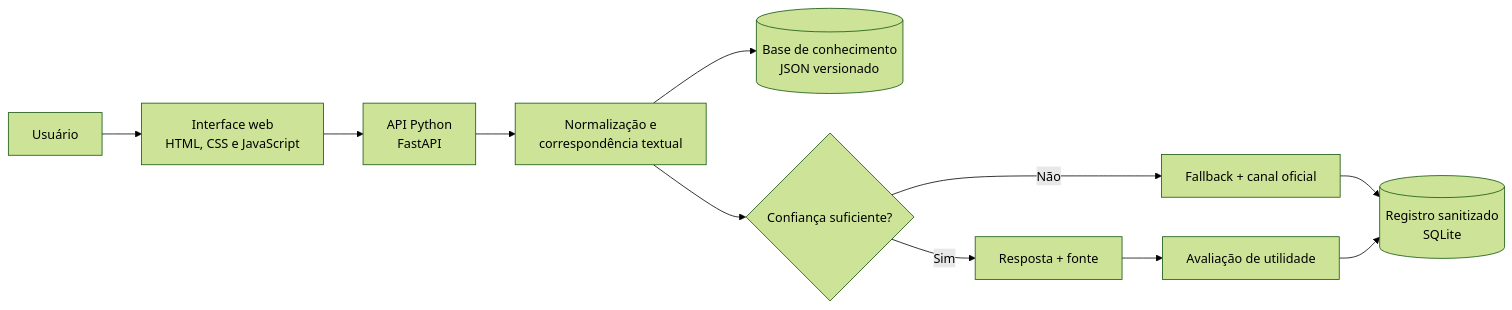
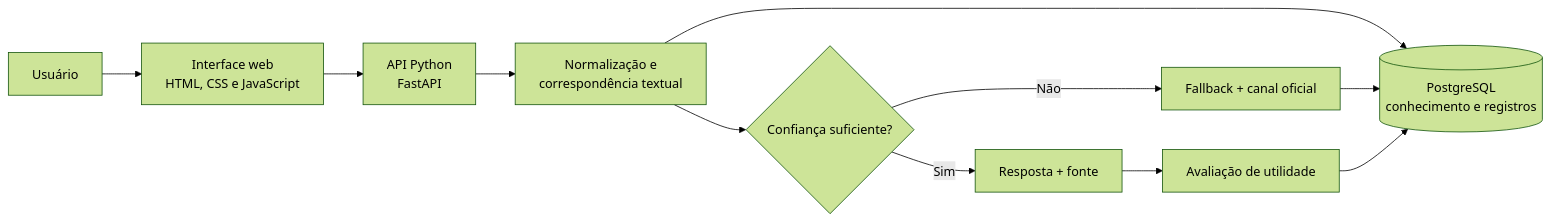
One commit to walkermooore/chatbot-aginov changed the diagram in README.md. Above: the diagram before and after it, drawn with Mermaid (forest theme). The commit also changed other lines of this file and 3 other files, not shown here.

Commit message:
docs: adota PostgreSQL na arquitetura

````diff
--- a/README.md
+++ b/README.md
@@ -70,13 +70,13 @@
 ```mermaid
 flowchart LR
     U[Usuário] --> W[Interface web<br/>HTML, CSS e JavaScript]
     W --> A[API Python<br/>FastAPI]
     A --> M[Normalização e<br/>correspondência textual]
-    M --> K[(Base de conhecimento<br/>JSON versionado)]
+    M --> K[(PostgreSQL<br/>conhecimento e registros)]
     M --> C{Confiança suficiente?}
     C -->|Sim| R[Resposta + fonte]
     C -->|Não| F[Fallback + canal oficial]
-    F --> S[(Registro sanitizado<br/>SQLite)]
+    F --> K
     R --> V[Avaliação de utilidade]
-    V --> S
+    V --> K
 ```
````
